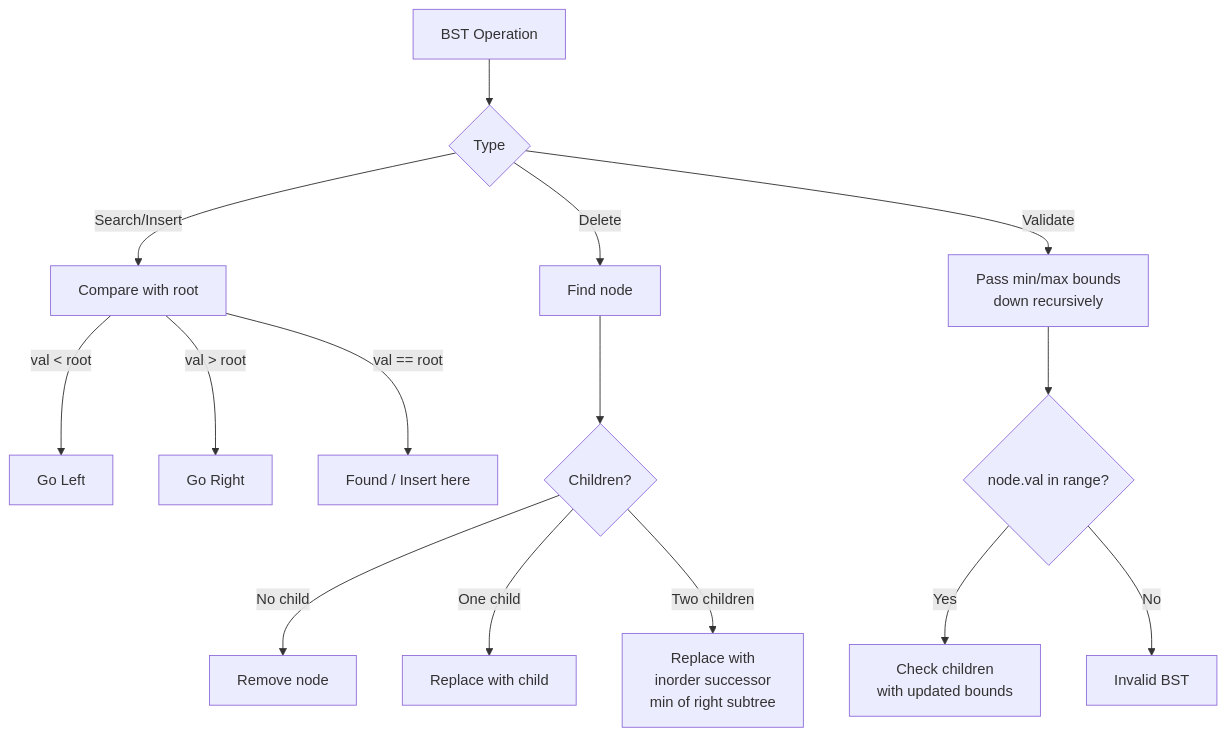
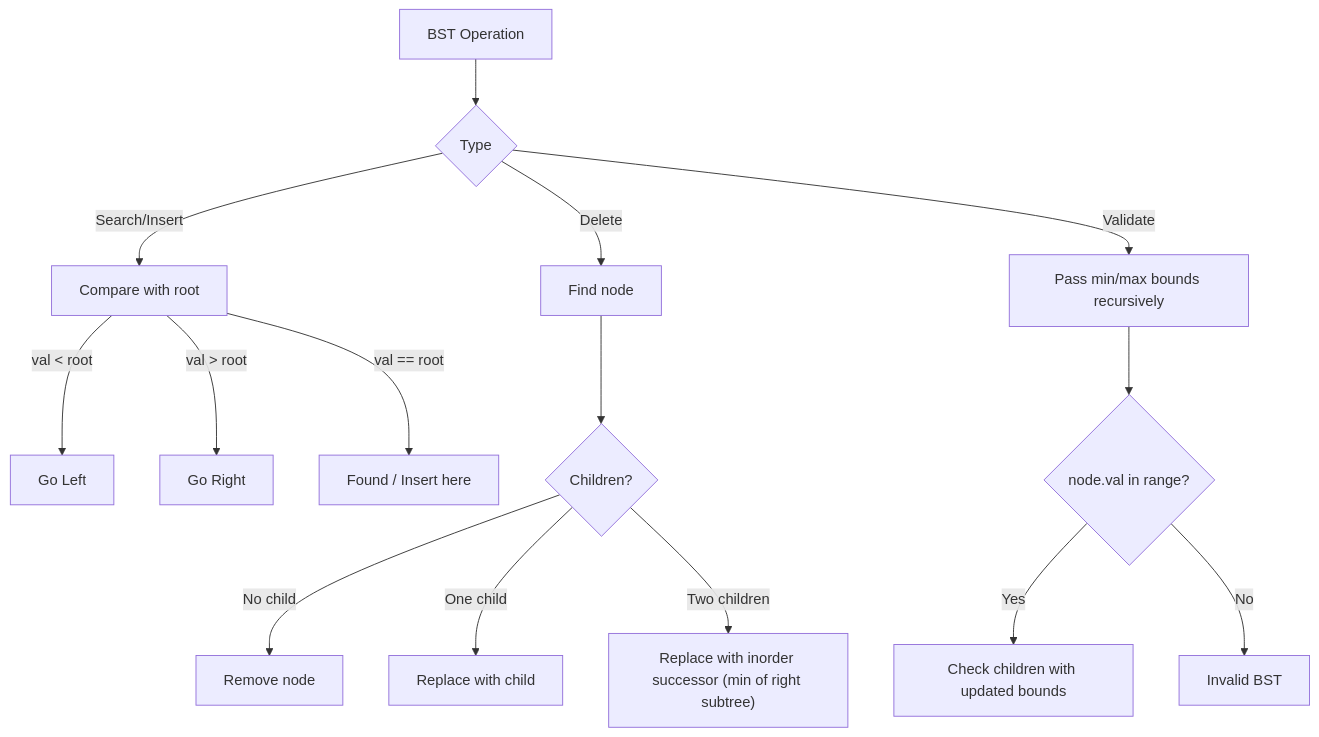
The third of 6 diagrams in trees/README.md (deepanshu-rawat6/AlgoAtlas), drawn with Mermaid before and after one commit. The commit also changed other lines of this file and 13 other files, not shown here.

````diff
--- a/trees/README.md
+++ b/trees/README.md
@@ -90,17 +90,17 @@
 ```mermaid
 flowchart TD
     A[BST Operation] --> B{"Type"}
     B -- Search/Insert --> C[Compare with root]
     C -- val < root --> D[Go Left]
     C -- val > root --> E[Go Right]
     C -- val == root --> F[Found / Insert here]
     B -- Delete --> G[Find node]
     G --> H{"Children?"}
     H -- No child --> I[Remove node]
     H -- One child --> J[Replace with child]
-    H -- Two children --> K[Replace with<br>inorder successor<br>min of right subtree]
-    B -- Validate --> L[Pass min/max bounds<br>down recursively]
+    H -- Two children --> K["Replace with inorder successor (min of right subtree)"]
+    B -- Validate --> L["Pass min/max bounds recursively"]
     L --> M{"node.val in range?"}
-    M -- Yes --> N[Check children<br>with updated bounds]
+    M -- Yes --> N["Check children with updated bounds"]
     M -- No --> O[Invalid BST]
 ```
````
